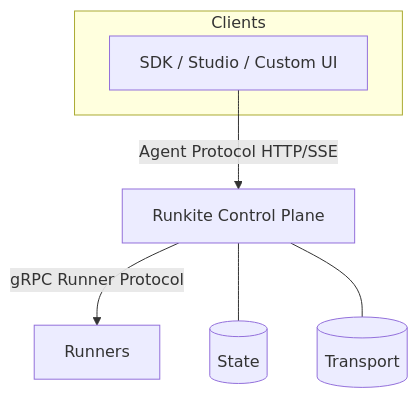
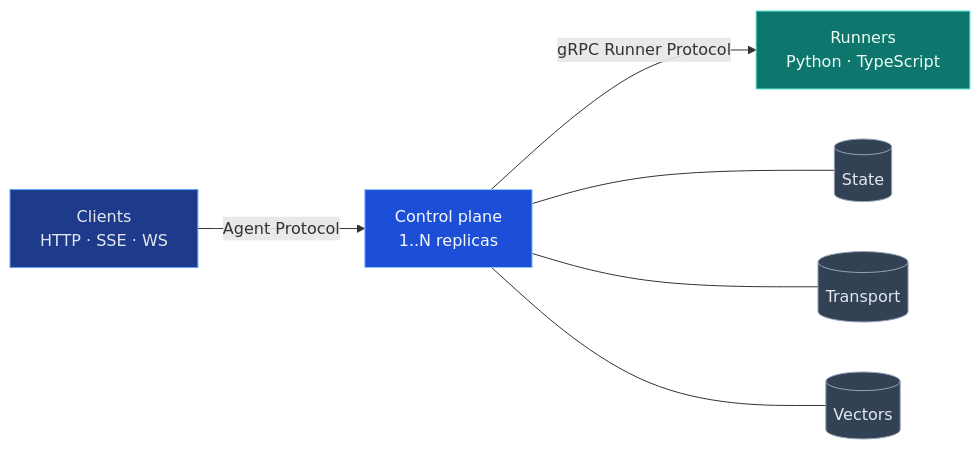
The first of 2 diagrams in README.md (getrunkite/runkite), drawn with Mermaid before and after one commit. The commit also changed other lines of this file and 3 other files, not shown here.

````diff
--- a/README.md
+++ b/README.md
@@ -33,10 +50,20 @@
 ```mermaid
-flowchart TB
-  subgraph clients [Clients]
-    SDK[SDK / Studio / Custom UI]
-  end
-  SDK -->|Agent Protocol HTTP/SSE| CP[Runkite Control Plane]
-  CP -->|gRPC Runner Protocol| R[Runners]
-  CP --- S[(State)]
-  CP --- T[(Transport)]
+flowchart LR
+  classDef client fill:#1e3a8a,stroke:#60a5fa,color:#e2e8f0
+  classDef cp fill:#1d4ed8,stroke:#93c5fd,color:#f8fafc
+  classDef runner fill:#0f766e,stroke:#5eead4,color:#ecfdf5
+  classDef store fill:#334155,stroke:#94a3b8,color:#e2e8f0
+
+  C[Clients<br/>HTTP · SSE · WS]:::client
+  CP[Control plane<br/>1..N replicas]:::cp
+  R[Runners<br/>Python · TypeScript]:::runner
+  S[(State)]:::store
+  T[(Transport)]:::store
+  V[(Vectors)]:::store
+
+  C -->|Agent Protocol| CP
+  CP -->|gRPC Runner Protocol| R
+  CP --- S
+  CP --- T
+  CP --- V
 ```
````
